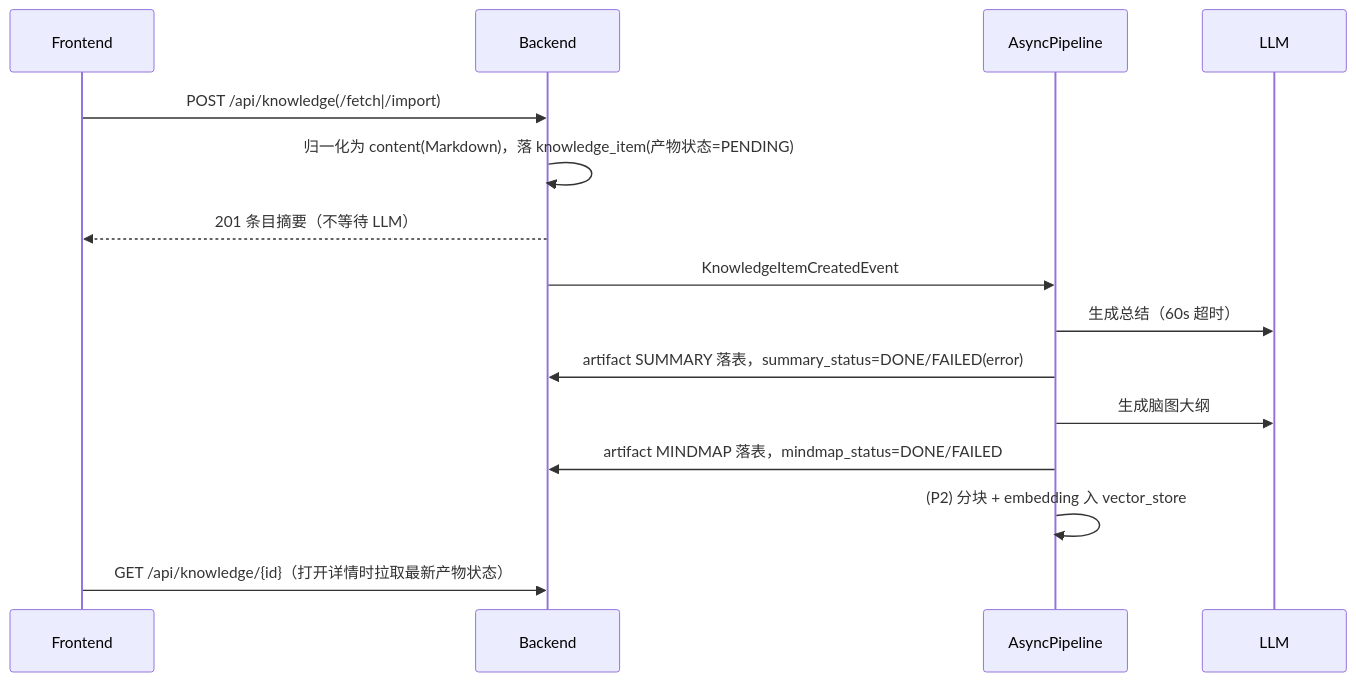
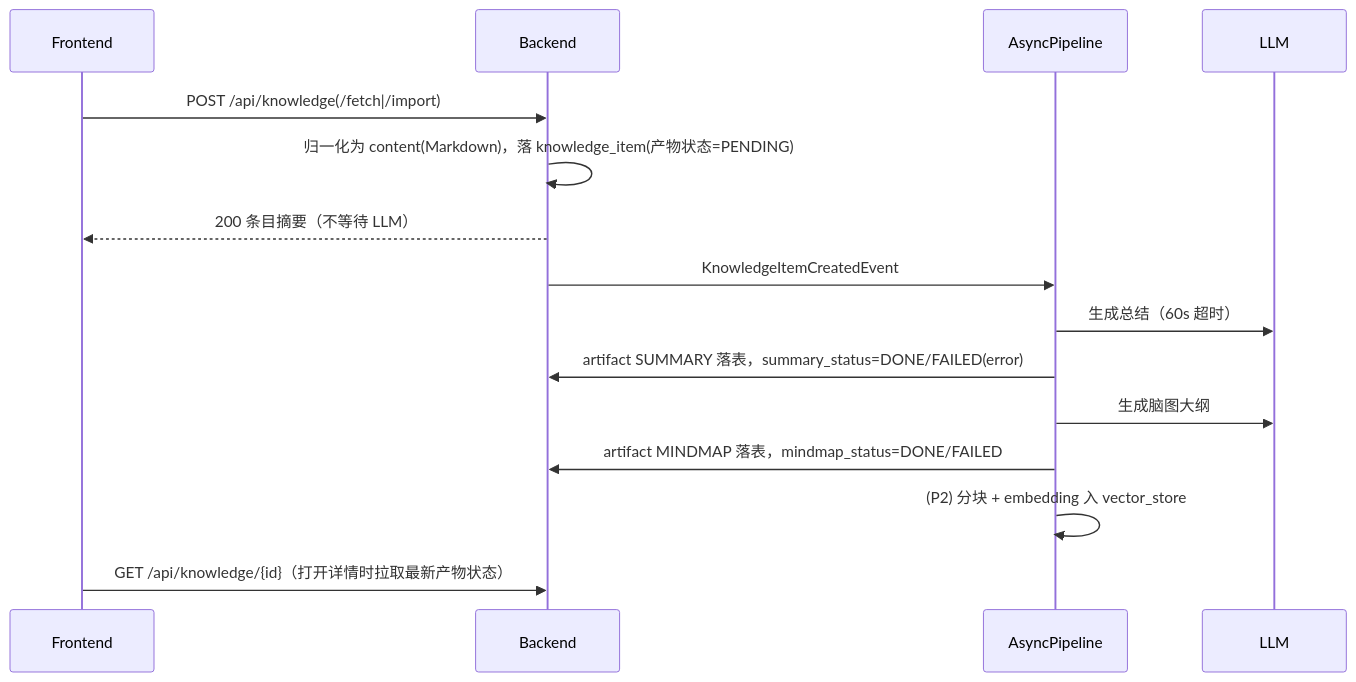
Before and after one commit to esmile-dev/axis: the second of 2 diagrams in docs/feature/knowledge-2.0/design.md, drawn with Mermaid. The commit also changed other lines of this file and 3 other files, not shown here.

````diff
--- a/docs/feature/knowledge-2.0/design.md
+++ b/docs/feature/knowledge-2.0/design.md
@@ -93,17 +93,17 @@
 ```mermaid
 sequenceDiagram
     participant F as Frontend
     participant B as Backend
     participant A as AsyncPipeline
     participant L as LLM
     F->>B: POST /api/knowledge(/fetch|/import)
     B->>B: 归一化为 content(Markdown)，落 knowledge_item(产物状态=PENDING)
-    B-->>F: 201 条目摘要（不等待 LLM）
+    B-->>F: 200 条目摘要（不等待 LLM）
     B->>A: KnowledgeItemCreatedEvent
     A->>L: 生成总结（60s 超时）
     A->>B: artifact SUMMARY 落表，summary_status=DONE/FAILED(error)
     A->>L: 生成脑图大纲
     A->>B: artifact MINDMAP 落表，mindmap_status=DONE/FAILED
     A->>A: (P2) 分块 + embedding 入 vector_store
     F->>B: GET /api/knowledge/{id}（打开详情时拉取最新产物状态）
 ```
````
